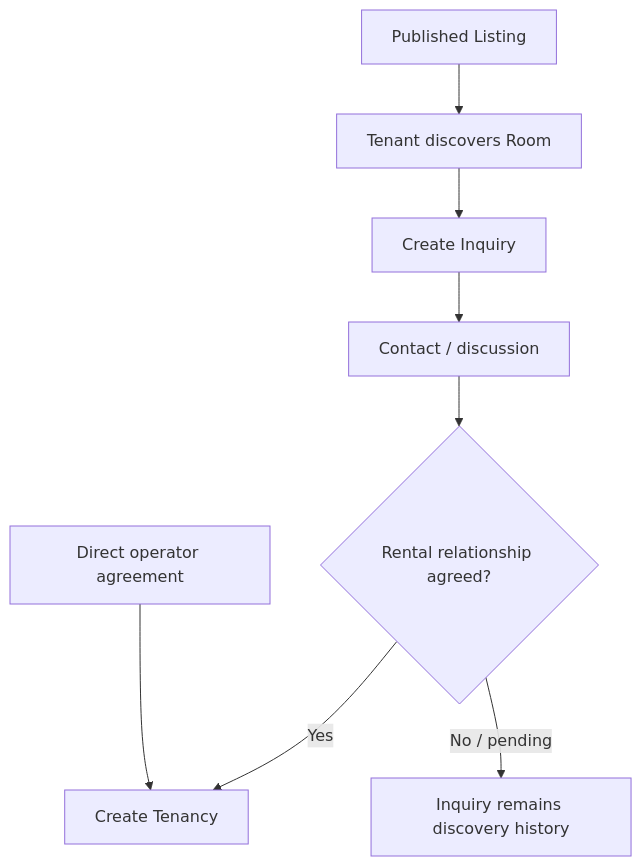
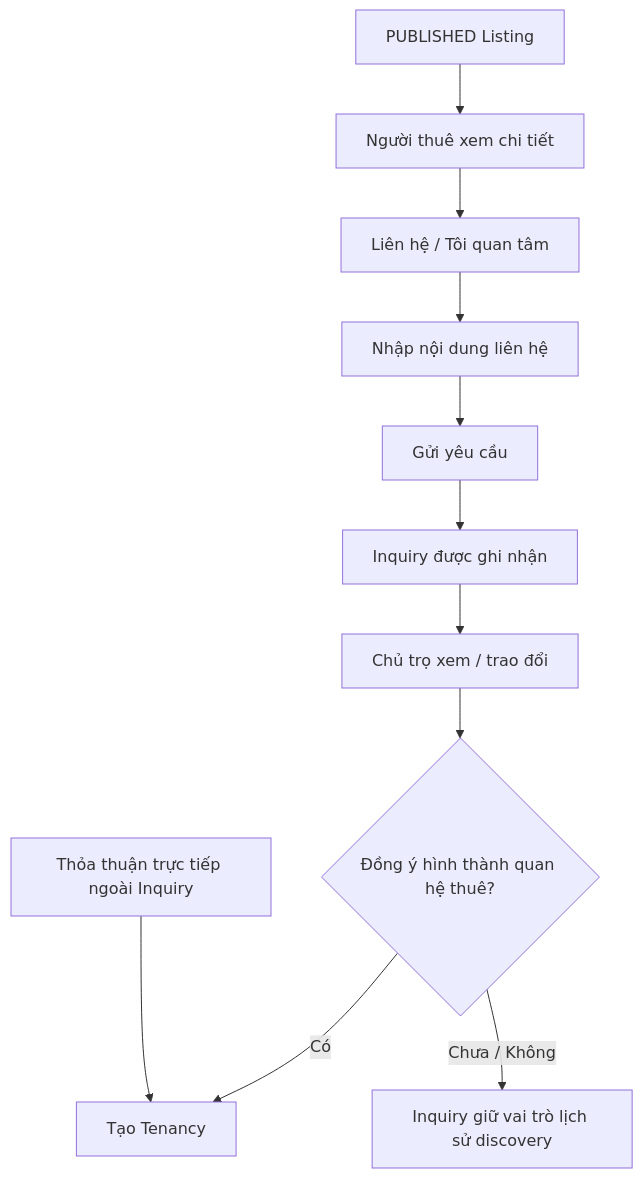
One commit to Danh20100/moibile_app changed the first of 2 diagrams in docs/backlogs/v1/inquiry.md. Above: the diagram before and after it, drawn with Mermaid. The commit also changed other lines of this file and 9 other files, not shown here.

````diff
--- a/docs/backlogs/v1/inquiry.md
+++ b/docs/backlogs/v1/inquiry.md
@@ -18,10 +34,13 @@
 ```mermaid
 flowchart TD
-    A[Published Listing] --> B[Tenant discovers Room]
-    B --> C[Create Inquiry]
-    C --> D[Contact / discussion]
-    D --> E{Rental relationship agreed?}
-    E -->|Yes| F[Create Tenancy]
-    E -->|No / pending| G[Inquiry remains discovery history]
-    H[Direct operator agreement] --> F
+    A["PUBLISHED Listing"] --> B["Người thuê xem chi tiết"]
+    B --> C["Liên hệ / Tôi quan tâm"]
+    C --> D["Nhập nội dung liên hệ"]
+    D --> E["Gửi yêu cầu"]
+    E --> F["Inquiry được ghi nhận"]
+    F --> G["Chủ trọ xem / trao đổi"]
+    G --> H{"Đồng ý hình thành quan hệ thuê?"}
+    H -->|"Có"| I["Tạo Tenancy"]
+    H -->|"Chưa / Không"| J["Inquiry giữ vai trò lịch sử discovery"]
+    K["Thỏa thuận trực tiếp ngoài Inquiry"] --> I
 ```
````
